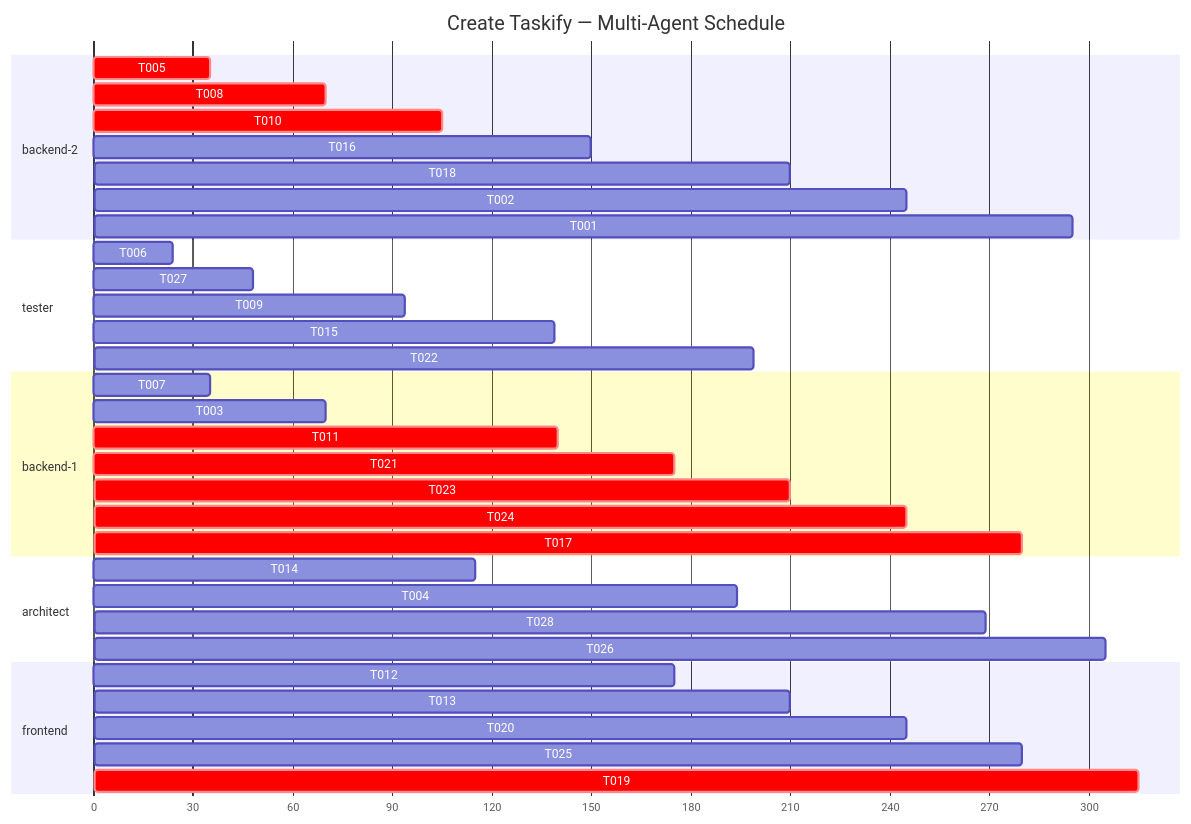
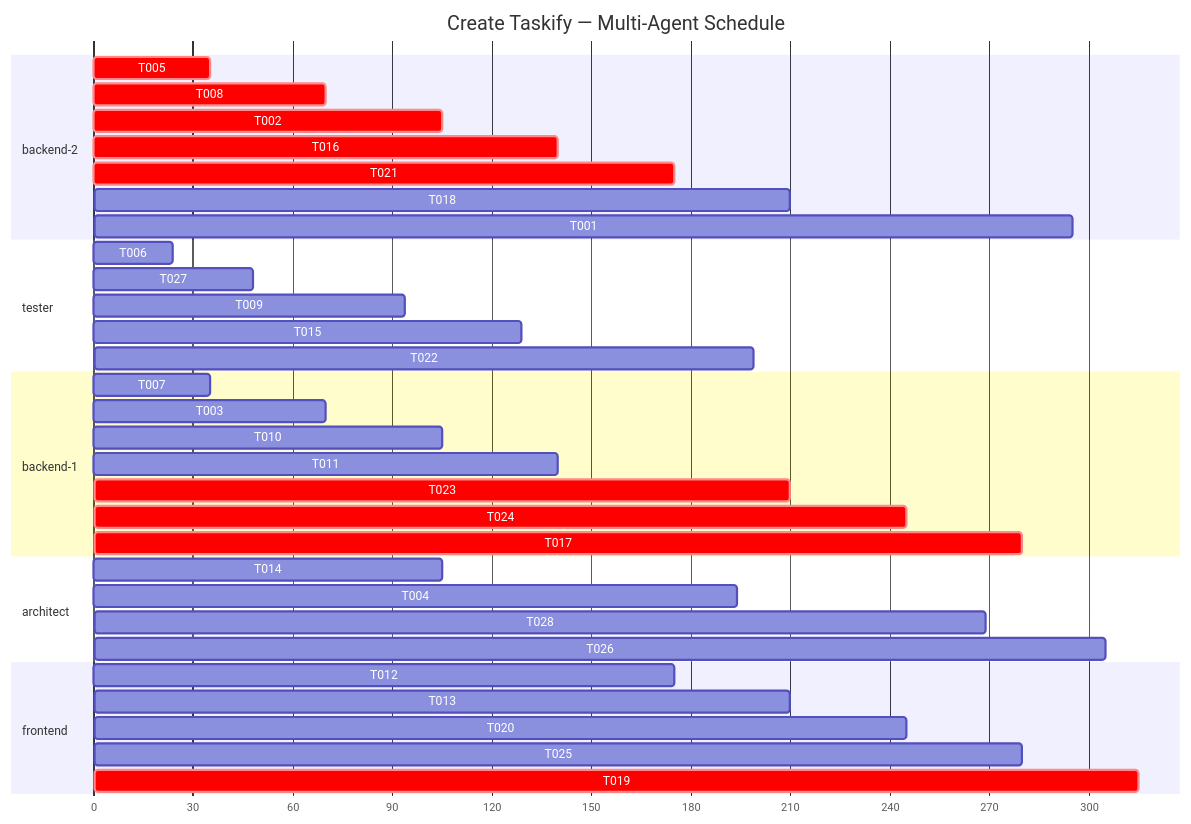
Before and after one commit to jfranc38/spec-kit-schedule: the first of 2 diagrams in docs/example-schedule.md, drawn with Mermaid. The commit also changed other lines of this file and 70 other files, not shown here.

````diff
--- a/docs/example-schedule.md
+++ b/docs/example-schedule.md
@@ -179,45 +174,45 @@
 ```mermaid
 gantt
     title Create Taskify — Multi-Agent Schedule
     dateFormat X
     axisFormat %s
 
     section backend-2
     T005 :crit, bac005, 0, 35
     T008 :crit, bac008, 35, 70
-    T010 :crit, bac010, 70, 105
-    T016 :bac016, 115, 150
+    T002 :crit, bac002, 70, 105
+    T016 :crit, bac016, 105, 140
+    T021 :crit, bac021, 140, 175
     T018 :bac018, 175, 210
-    T002 :bac002, 210, 245
     T001 :bac001, 280, 295
 
     section tester
     T006 :tes006, 0, 24
     T027 :tes027, 24, 48
     T009 :tes009, 70, 94
-    T015 :tes015, 115, 139
+    T015 :tes015, 105, 129
     T022 :tes022, 175, 199
 
     section backend-1
     T007 :bac007, 0, 35
     T003 :bac003, 35, 70
-    T011 :crit, bac011, 105, 140
-    T021 :crit, bac021, 140, 175
+    T010 :bac010, 70, 105
+    T011 :bac011, 105, 140
     T023 :crit, bac023, 175, 210
     T024 :crit, bac024, 210, 245
     T017 :crit, bac017, 245, 280
 
     section architect
-    T014 :arc014, 71, 115
+    T014 :arc014, 61, 105
     T004 :arc004, 119, 194
     T028 :arc028, 194, 269
     T026 :arc026, 280, 305
 
     section frontend
     T012 :fro012, 140, 175
     T013 :fro013, 175, 210
     T020 :fro020, 210, 245
     T025 :fro025, 245, 280
     T019 :crit, fro019, 280, 315
 
 ```
````
